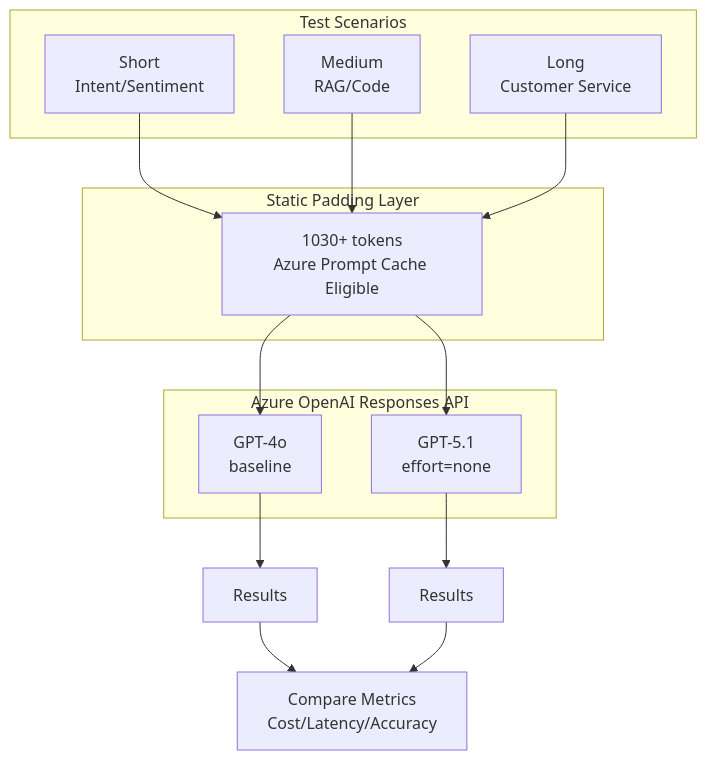
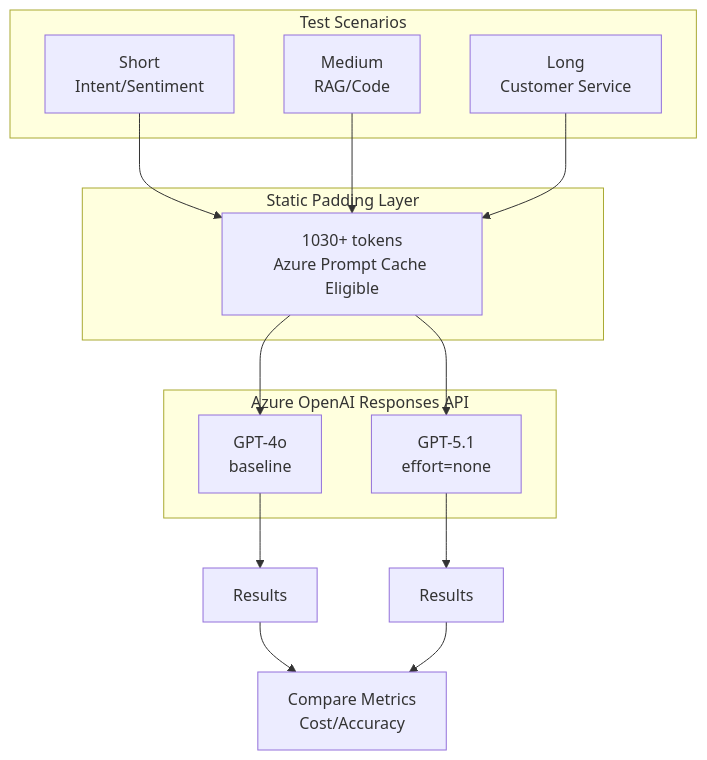
Before and after one commit to david-xinyuwei/david-share: the diagram in Agents/gpt4o-to-gpt51-migration/README.md, drawn with Mermaid. The commit also changed other lines of this file and 4 other files, not shown here.

````diff
--- a/Agents/gpt4o-to-gpt51-migration/README.md
+++ b/Agents/gpt4o-to-gpt51-migration/README.md
@@ -34,28 +31,28 @@
 ```mermaid
 flowchart TB
     subgraph Scenarios[Test Scenarios]
         S1[Short<br/>Intent/Sentiment]
         S2[Medium<br/>RAG/Code]
         S3[Long<br/>Customer Service]
     end
-    
+
     subgraph Padding[Static Padding Layer]
         P[1030+ tokens<br/>Azure Prompt Cache Eligible]
     end
-    
+
     subgraph API[Azure OpenAI Responses API]
         G4[GPT-4o<br/>baseline]
         G5[GPT-5.1<br/>effort=none]
     end
-    
+
     S1 --> P
     S2 --> P
     S3 --> P
     P --> G4
     P --> G5
-    
+
     G4 --> R1[Results]
     G5 --> R2[Results]
-    R1 --> Compare[Compare Metrics<br/>Cost/Latency/Accuracy]
+    R1 --> Compare[Compare Metrics<br/>Cost/Accuracy]
     R2 --> Compare
 ```
````
